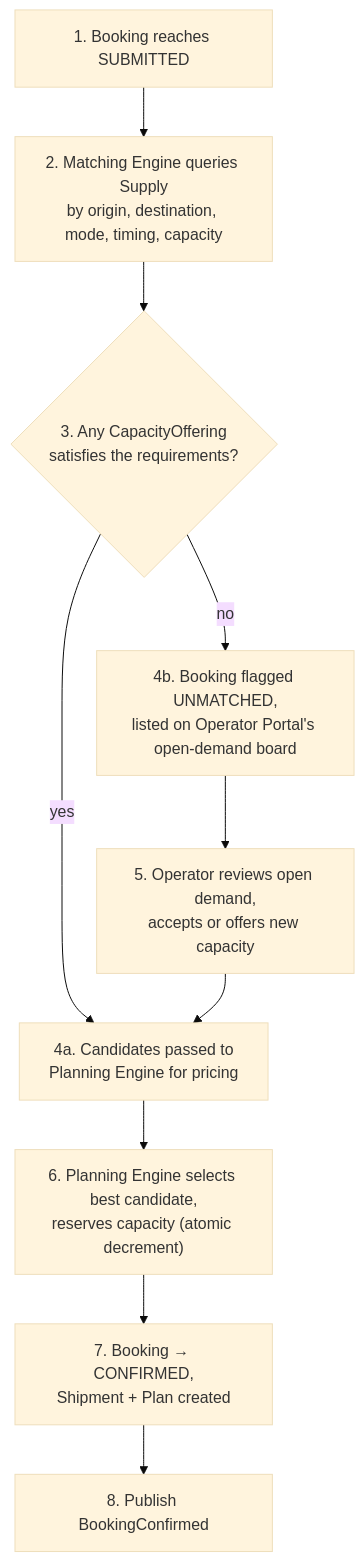
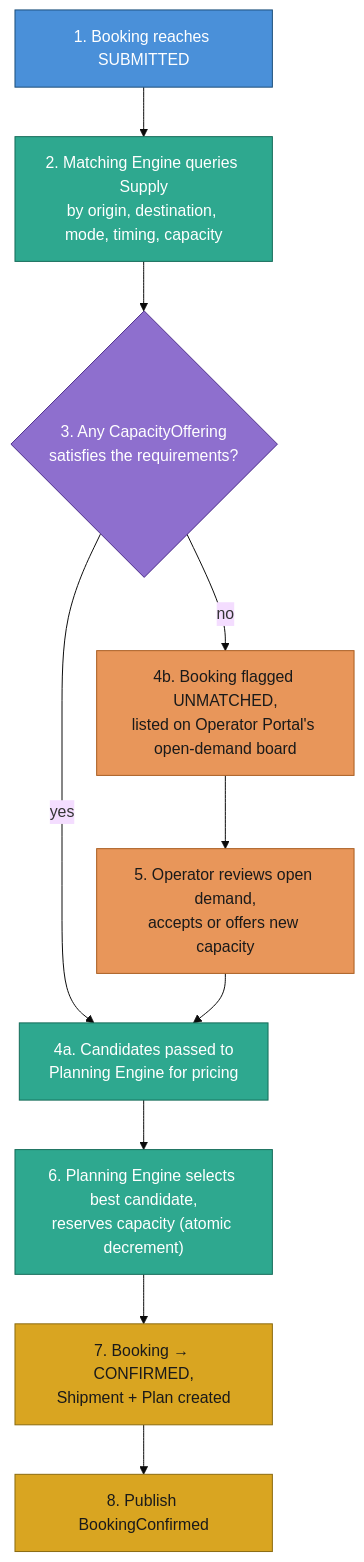
Before and after one commit to Pratyush576/CodingPractice: the fifth of 36 diagrams in lib/src/main/java/org/pk/practices/design/supplychain/DESIGN.md, drawn with Mermaid (base theme). The commit also changed other lines of this file and 5 other files, not shown here.

Commit message:
Enhanced the diagrams

````diff
--- a/lib/src/main/java/org/pk/practices/design/supplychain/DESIGN.md
+++ b/lib/src/main/java/org/pk/practices/design/supplychain/DESIGN.md
@@ -795,12 +832,23 @@
 ```mermaid
 flowchart TD
     A["1. Booking reaches SUBMITTED"] --> B["2. Matching Engine queries Supply<br/>by origin, destination, mode, timing, capacity"]
     B --> C{"3. Any CapacityOffering<br/>satisfies the requirements?"}
     C -->|yes| D["4a. Candidates passed to<br/>Planning Engine for pricing"]
     C -->|no| E["4b. Booking flagged UNMATCHED,<br/>listed on Operator Portal's open-demand board"]
     E --> F["5. Operator reviews open demand,<br/>accepts or offers new capacity"]
     F --> D
     D --> G["6. Planning Engine selects best candidate,<br/>reserves capacity (atomic decrement)"]
     G --> H["7. Booking → CONFIRMED,<br/>Shipment + Plan created"]
     H --> I["8. Publish BookingConfirmed"]
+
+    classDef input fill:#4a90d9,stroke:#1c4e78,color:#ffffff
+    classDef process fill:#2ea88f,stroke:#146b58,color:#ffffff
+    classDef decision fill:#8e6fce,stroke:#4d2e8a,color:#ffffff
+    classDef alternate fill:#e8965a,stroke:#a85c1f,color:#1a1a1a
+    classDef milestone fill:#d9a521,stroke:#8a6a0f,color:#1a1a1a
+    class A input
+    class B,D,G process
+    class C decision
+    class E,F alternate
+    class H,I milestone
 ```
````
